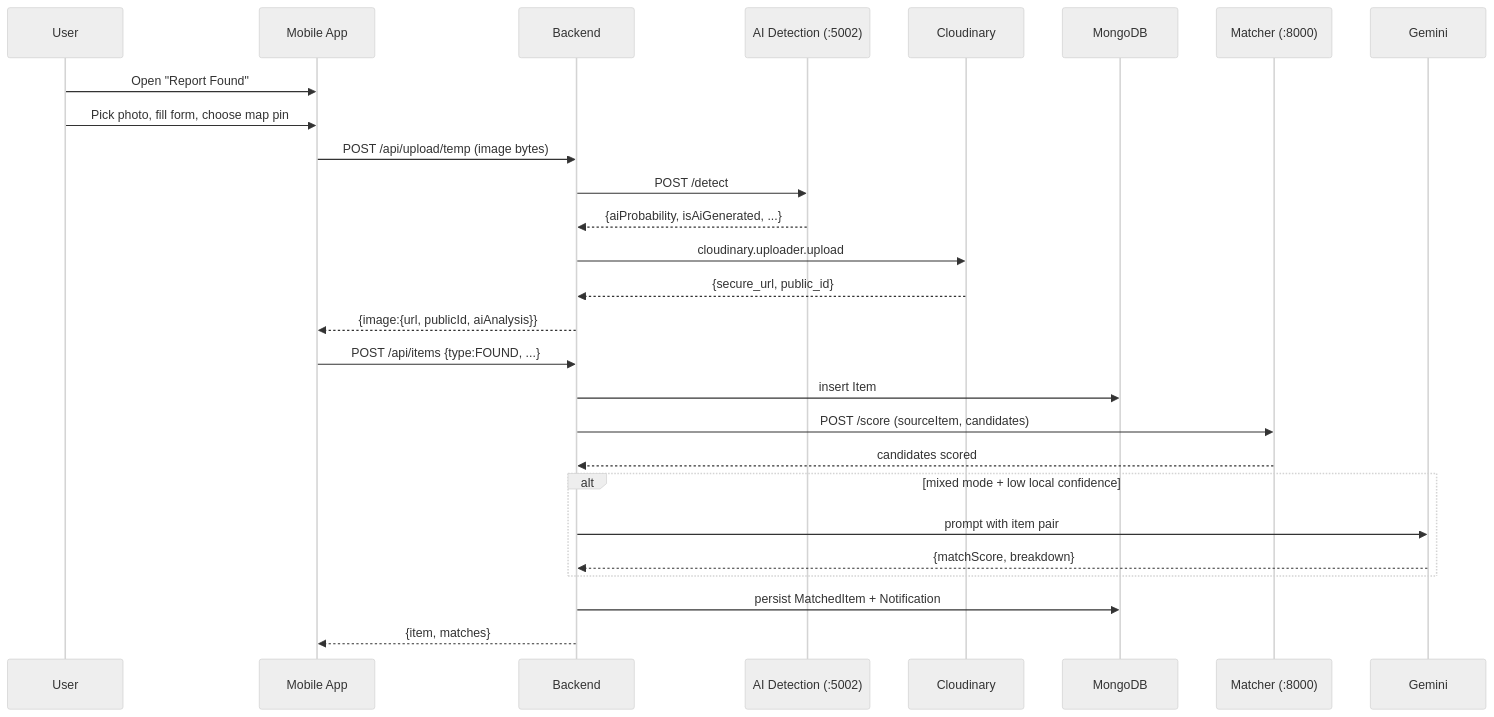
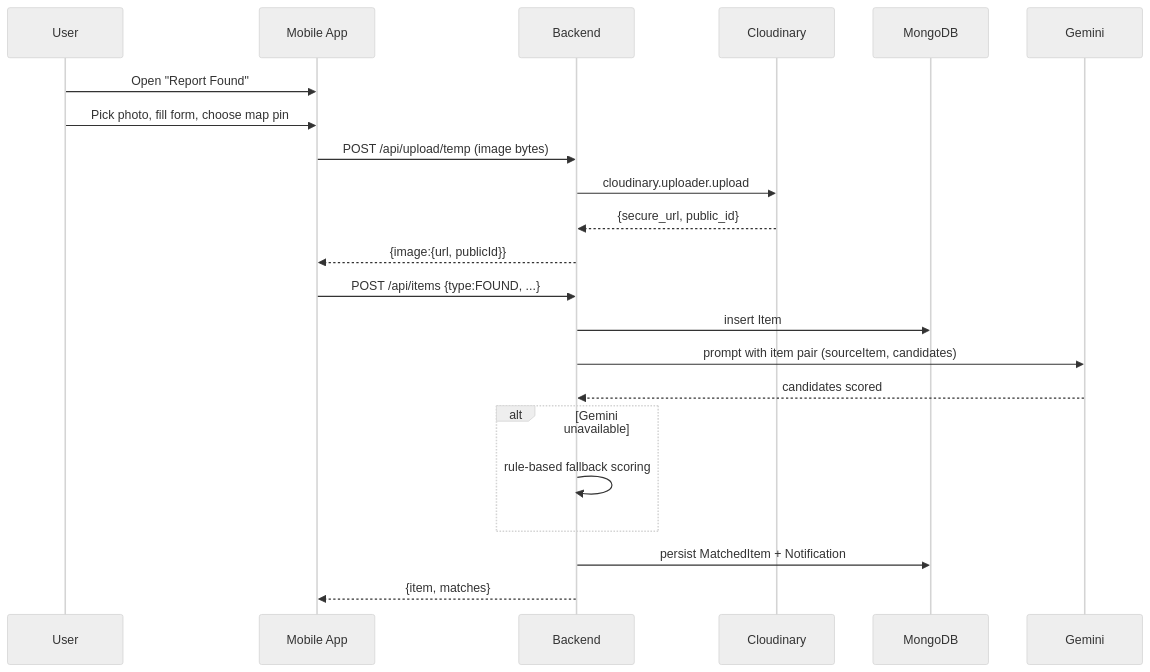
The fifth of 6 diagrams in PROJECT_DOCUMENTATION.md (bigyan224/ReclaimIt), drawn with Mermaid (neutral theme) before and after one commit. The commit also changed other lines of this file and 41 other files, not shown here.

````diff
--- a/PROJECT_DOCUMENTATION.md
+++ b/PROJECT_DOCUMENTATION.md
@@ -620,30 +559,25 @@
 ```mermaid
 sequenceDiagram
     participant U as User
     participant App as Mobile App
     participant B as Backend
-    participant F as AI Detection (:5002)
     participant C as Cloudinary
     participant D as MongoDB
-    participant X as Matcher (:8000)
     participant G as Gemini
 
     U->>App: Open "Report Found"
     U->>App: Pick photo, fill form, choose map pin
     App->>B: POST /api/upload/temp (image bytes)
-    B->>F: POST /detect
-    F-->>B: {aiProbability, isAiGenerated, ...}
     B->>C: cloudinary.uploader.upload
     C-->>B: {secure_url, public_id}
-    B-->>App: {image:{url, publicId, aiAnalysis}}
+    B-->>App: {image:{url, publicId}}
     App->>B: POST /api/items {type:FOUND, ...}
     B->>D: insert Item
-    B->>X: POST /score (sourceItem, candidates)
-    X-->>B: candidates scored
-    alt mixed mode + low local confidence
-        B->>G: prompt with item pair
-        G-->>B: {matchScore, breakdown}
+    B->>G: prompt with item pair (sourceItem, candidates)
+    G-->>B: candidates scored
+    alt Gemini unavailable
+        B->>B: rule-based fallback scoring
     end
     B->>D: persist MatchedItem + Notification
     B-->>App: {item, matches}
 ```
````
